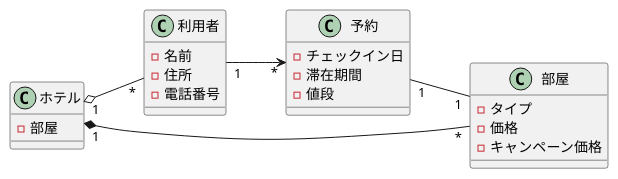
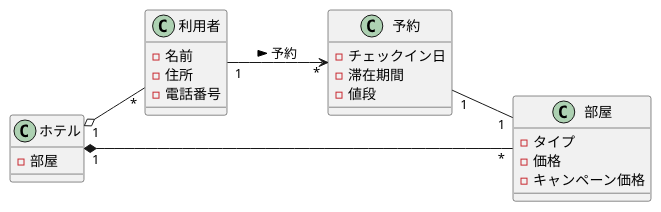
One commit to Tackey-11/uml-intro changed the diagram in 演習3-3_CL_ホテルと利用者と部屋と予約.pu. Above: the diagram before and after it, drawn with PlantUML. The commit also changed 6 other files, not shown here.

Commit message:
図4と演習4-1を作成

```diff
--- a/演習3-3_CL_ホテルと利用者と部屋と予約.pu
+++ b/演習3-3_CL_ホテルと利用者と部屋と予約.pu
@@ -1,25 +1,25 @@
 @startuml 演習3-3クラス図
 left to right direction
 class 利用者{
     -名前
     -住所
     -電話番号
 }
 class ホテル{
     -部屋
 }
 class 部屋{
     -タイプ
     -価格
     -キャンペーン価格
 }
 class 予約{
     -チェックイン日
     -滞在期間
     -値段
 }
 ホテル "1" *-- "*" 部屋
 ホテル "1" o-- "*" 利用者
-利用者 "1" --> "*" 予約
+利用者 "1" --> "*" 予約:予約 >
 予約 "1" -- "1" 部屋
 @enduml
```
